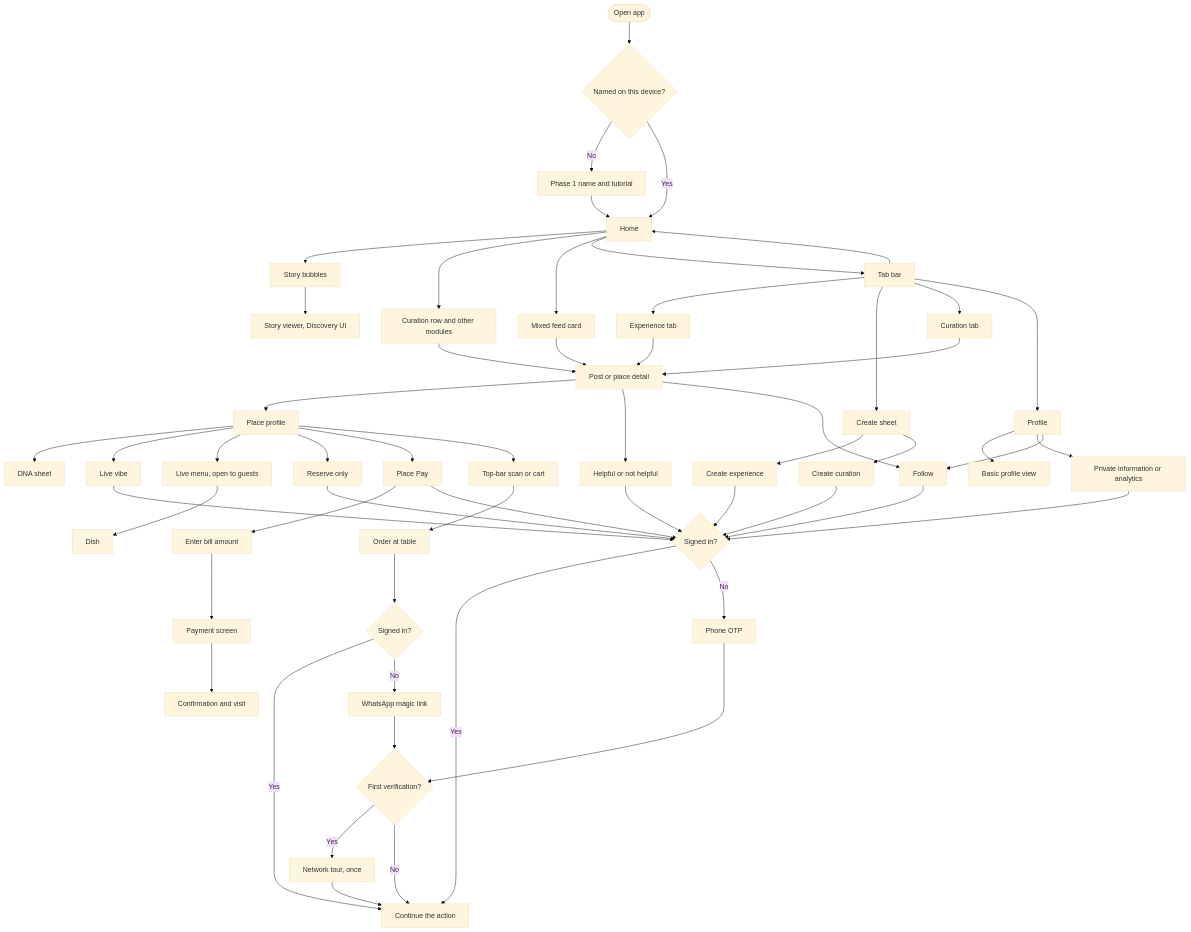
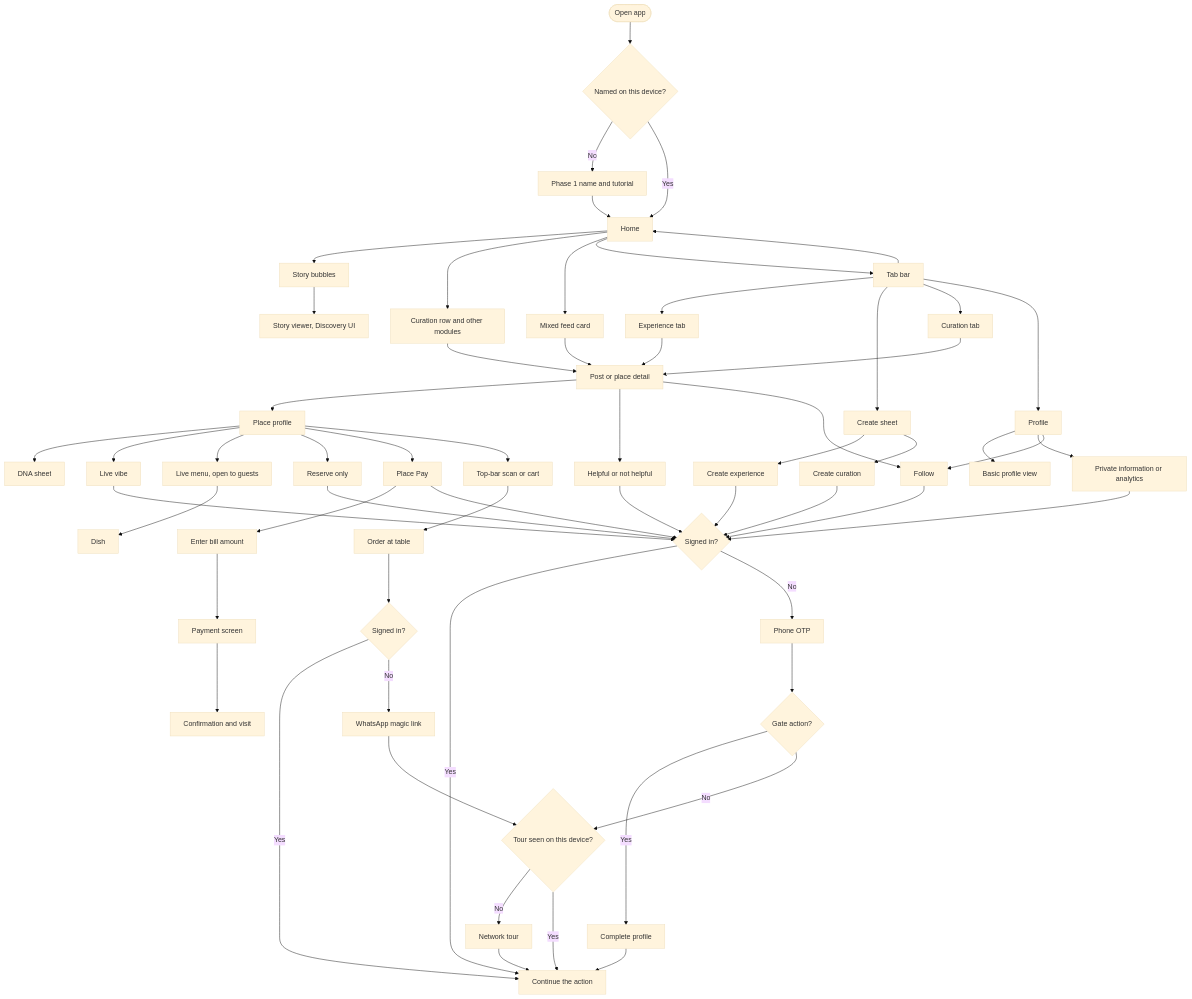
One commit to bawra11/elite-product changed the diagram in product/detail-flows/00-map.md. Above: the diagram before and after it, drawn with Mermaid (base theme). The commit also changed other lines of this file and 10 other files, not shown here.

````diff
--- a/product/detail-flows/00-map.md
+++ b/product/detail-flows/00-map.md
@@ -17,68 +19,71 @@
 ```mermaid
 flowchart TD
   launch([Open app]) --> known{Named on this device?}
   known -->|No| onboard["Phase 1 name and tutorial"]
   known -->|Yes| home["Home"]
   onboard --> home
 
   home --> bubbles["Story bubbles"]
   home --> modules["Curation row and other modules"]
   home --> card["Mixed feed card"]
   home --> tabs["Tab bar"]
 
   bubbles --> viewer["Story viewer, Discovery UI"]
   modules --> detail["Post or place detail"]
   card --> detail
 
   tabs --> home
   tabs --> exp["Experience tab"]
   tabs --> create["Create sheet"]
   tabs --> cur["Curation tab"]
   tabs --> profile["Profile"]
   profile --> basic["Basic profile view"]
   profile --> private["Private information or analytics"]
 
   exp --> detail
   cur --> detail
   create --> expFlow["Create experience"]
   create --> curFlow["Create curation"]
 
   detail --> place["Place profile"]
   place --> dna["DNA sheet"]
   place --> vibe["Live vibe"]
   place --> menu["Live menu, open to guests"]
   menu --> dish["Dish"]
   place --> reserve["Reserve only"]
   place --> placePay["Place Pay"]
   place --> orderIcon["Top-bar scan or cart"]
   orderIcon --> dineIn["Order at table"]
 
   placePay --> amount["Enter bill amount"]
   amount --> payScreen["Payment screen"]
   payScreen --> confirm["Confirmation and visit"]
 
   detail --> react["Helpful or not helpful"]
   detail --> follow["Follow"]
   profile --> follow
 
   react --> gate{Signed in?}
   follow --> gate
   expFlow --> gate
   curFlow --> gate
   reserve --> gate
   placePay --> gate
   vibe --> gate
   private --> gate
 
   gate -->|Yes| back["Continue the action"]
   gate -->|No| auth["Phone OTP"]
 
   dineIn --> wa{Signed in?}
   wa -->|Yes| back
   wa -->|No| magic["WhatsApp magic link"]
-  magic --> tour
-  auth --> tour{First verification?}
-  tour -->|Yes| phase3["Network tour, once"]
-  tour -->|No| back
+  magic --> seen{Tour seen on this device?}
+  auth --> gated{Gate action?}
+  gated -->|Yes| complete["Complete profile"]
+  gated -->|No| seen
+  seen -->|No| phase3["Network tour"]
+  seen -->|Yes| back
+  complete --> back
   phase3 --> back
 ```
````
